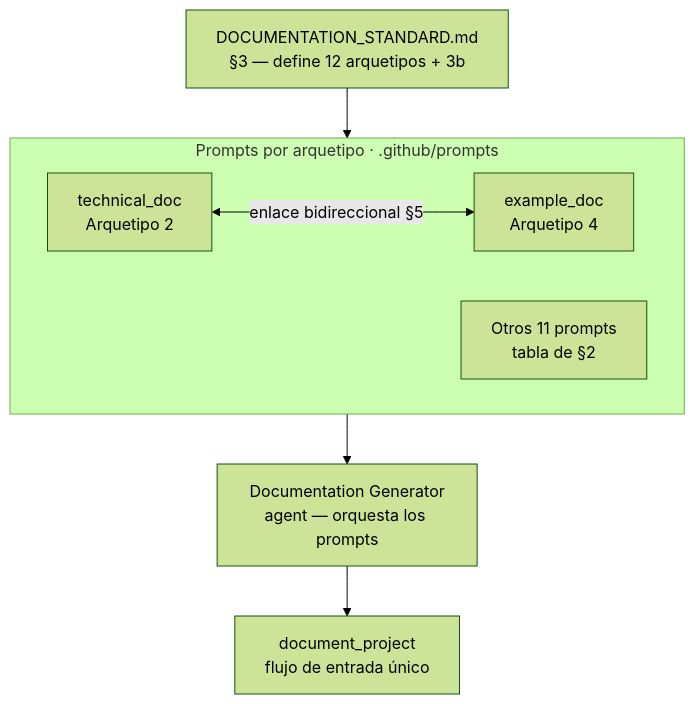
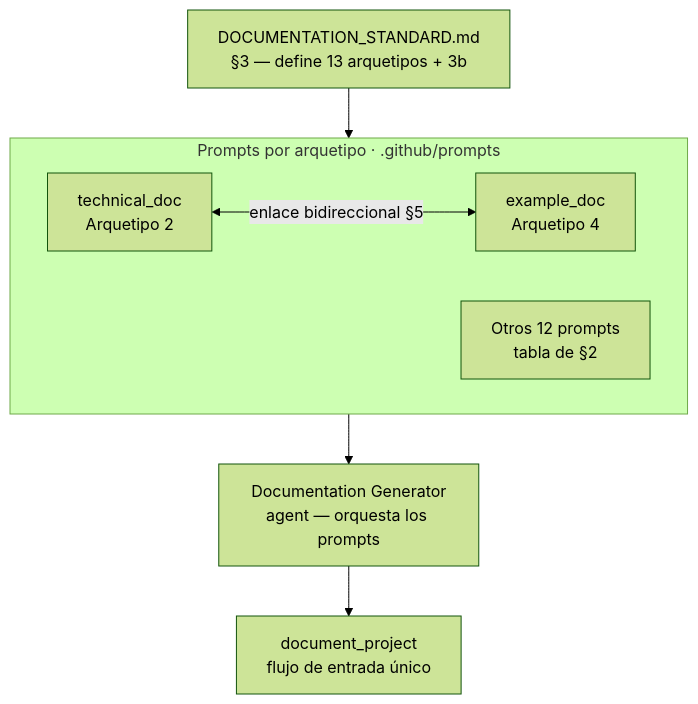
The diagram in docs/api/archetypes.md (fmanza/doc_ia), drawn with Mermaid (forest theme) before and after one commit. The commit also changed other lines of this file and 42 other files, not shown here.

````diff
--- a/docs/api/archetypes.md
+++ b/docs/api/archetypes.md
@@ -17,14 +17,14 @@
 ```mermaid
 flowchart TD
     accTitle: Estructura del sistema de arquetipos
     accDescr: DOCUMENTATION_STANDARD.md define los arquetipos, cada uno con su prompt; el agente Documentation Generator orquesta los prompts y document_project es el flujo de entrada único. Los prompts técnico y de ejemplos se enlazan en ambos sentidos.
-    DS["DOCUMENTATION_STANDARD.md<br/>§3 — define 12 arquetipos + 3b"] --> P
+    DS["DOCUMENTATION_STANDARD.md<br/>§3 — define 13 arquetipos + 3b"] --> P
     subgraph P[Prompts por arquetipo · .github/prompts]
         A2[technical_doc<br/>Arquetipo 2]
         A4[example_doc<br/>Arquetipo 4]
-        OTROS[Otros 11 prompts<br/>tabla de §2]
+        OTROS[Otros 12 prompts<br/>tabla de §2]
     end
     A2 <-->|enlace bidireccional §5| A4
     P --> AG[Documentation Generator<br/>agent — orquesta los prompts]
     AG --> DP[document_project<br/>flujo de entrada único]
 ```
````
